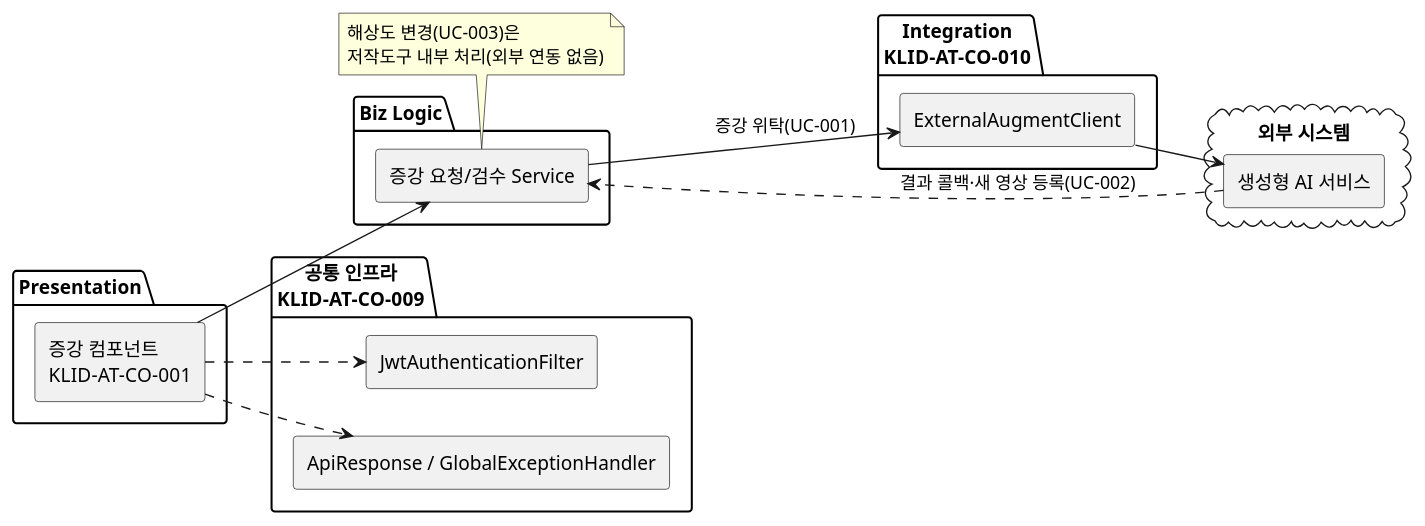
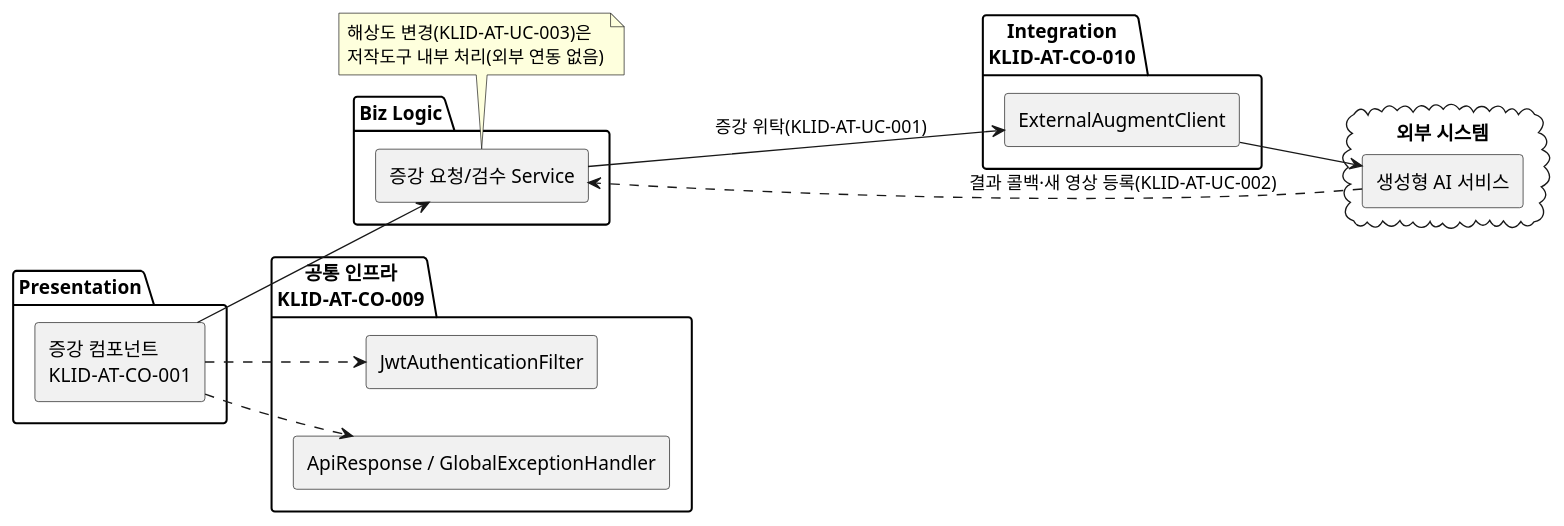
The first of 5 diagrams in docs/design/D3-컴포넌트설계서.md (New-stella/klid-label), drawn with PlantUML before and after one commit. The commit also changed other lines of this file and 17 other files, not shown here.

````diff
--- a/docs/design/D3-컴포넌트설계서.md
+++ b/docs/design/D3-컴포넌트설계서.md
@@ -43,29 +43,29 @@
 ```plantuml
 @startuml
 skinparam componentStyle rectangle
 left to right direction
 package "Presentation" {
   [증강 컴포넌트\nKLID-AT-CO-001] as AUG
 }
 package "Biz Logic" {
   [증강 요청/검수 Service] as AUGS
 }
 package "공통 인프라\nKLID-AT-CO-009" {
   [JwtAuthenticationFilter] as JWT
   [ApiResponse / GlobalExceptionHandler] as RESP
 }
 package "Integration\nKLID-AT-CO-010" {
   [ExternalAugmentClient] as EAC
 }
 cloud "외부 시스템" {
   [생성형 AI 서비스] as GENAI
 }
 AUG --> AUGS
 AUG ..> JWT
 AUG ..> RESP
-AUGS --> EAC : 증강 위탁(UC-001)
+AUGS --> EAC : 증강 위탁(KLID-AT-UC-001)
 EAC --> GENAI
-GENAI ..> AUGS : 결과 콜백·새 영상 등록(UC-002)
-note bottom of AUGS : 해상도 변경(UC-003)은\n저작도구 내부 처리(외부 연동 없음)
+GENAI ..> AUGS : 결과 콜백·새 영상 등록(KLID-AT-UC-002)
+note bottom of AUGS : 해상도 변경(KLID-AT-UC-003)은\n저작도구 내부 처리(외부 연동 없음)
 @enduml
 ```
````
